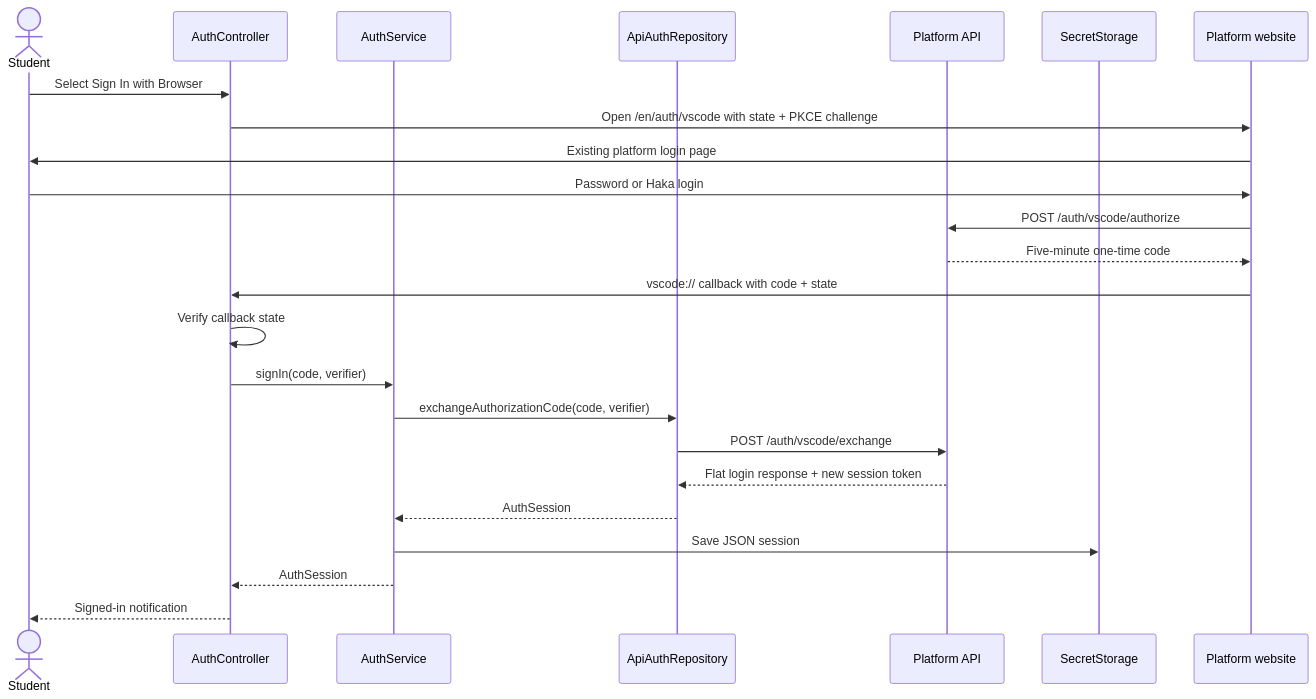
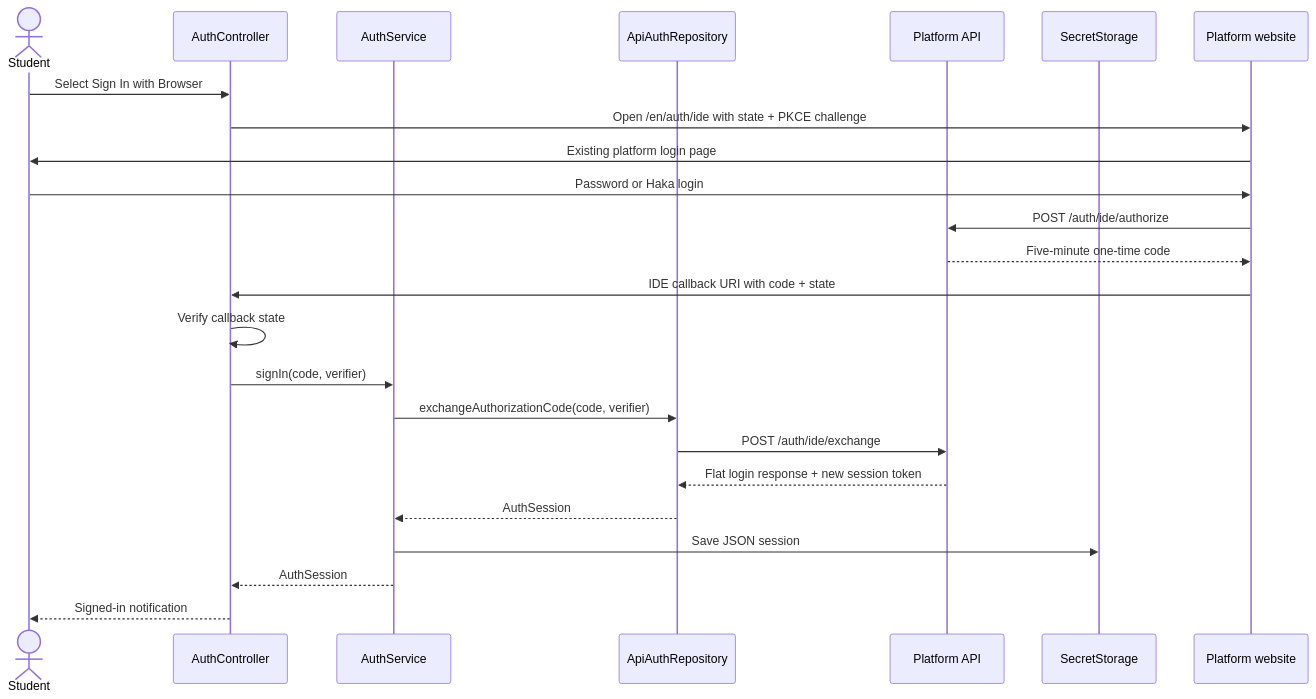
The second of 5 diagrams in docs/developer-guide.md (aalto-opencs/opencs-ide-plugin), drawn with Mermaid before and after one commit. The commit also changed other lines of this file and 6 other files, not shown here.

````diff
--- a/docs/developer-guide.md
+++ b/docs/developer-guide.md
@@ -288,27 +288,27 @@
 ```mermaid
 sequenceDiagram
     actor Student
     participant Controller as AuthController
     participant Service as AuthService
     participant Repo as ApiAuthRepository
     participant API as Platform API
     participant Secrets as SecretStorage
 
     participant Browser as Platform website
     Student->>Controller: Select Sign In with Browser
-    Controller->>Browser: Open /en/auth/vscode with state + PKCE challenge
+    Controller->>Browser: Open /en/auth/ide with state + PKCE challenge
     Browser->>Student: Existing platform login page
     Student->>Browser: Password or Haka login
-    Browser->>API: POST /auth/vscode/authorize
+    Browser->>API: POST /auth/ide/authorize
     API-->>Browser: Five-minute one-time code
-    Browser->>Controller: vscode:// callback with code + state
+    Browser->>Controller: IDE callback URI with code + state
     Controller->>Controller: Verify callback state
     Controller->>Service: signIn(code, verifier)
     Service->>Repo: exchangeAuthorizationCode(code, verifier)
-    Repo->>API: POST /auth/vscode/exchange
+    Repo->>API: POST /auth/ide/exchange
     API-->>Repo: Flat login response + new session token
     Repo-->>Service: AuthSession
     Service->>Secrets: Save JSON session
     Service-->>Controller: AuthSession
     Controller-->>Student: Signed-in notification
 ```
````
